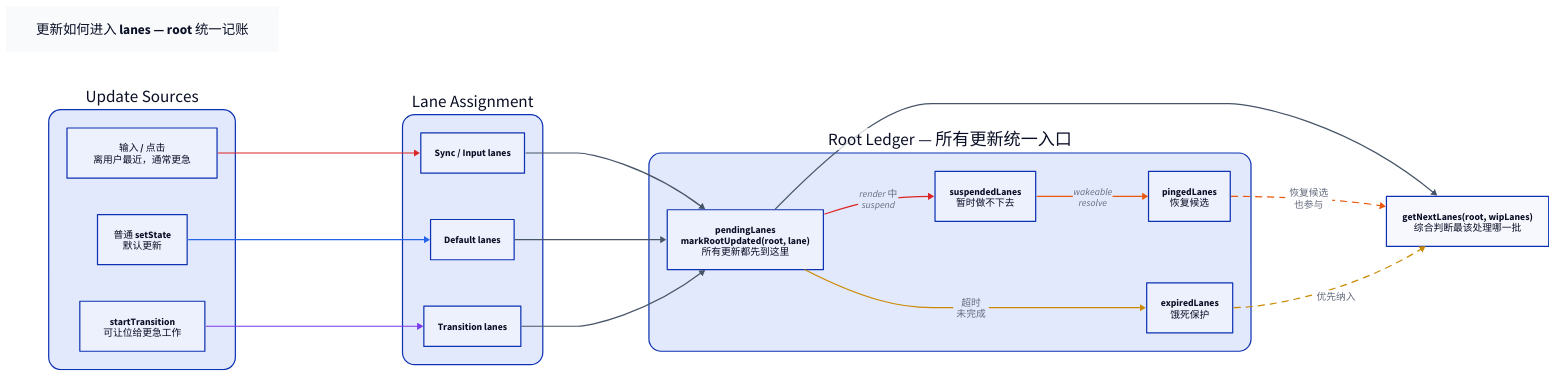
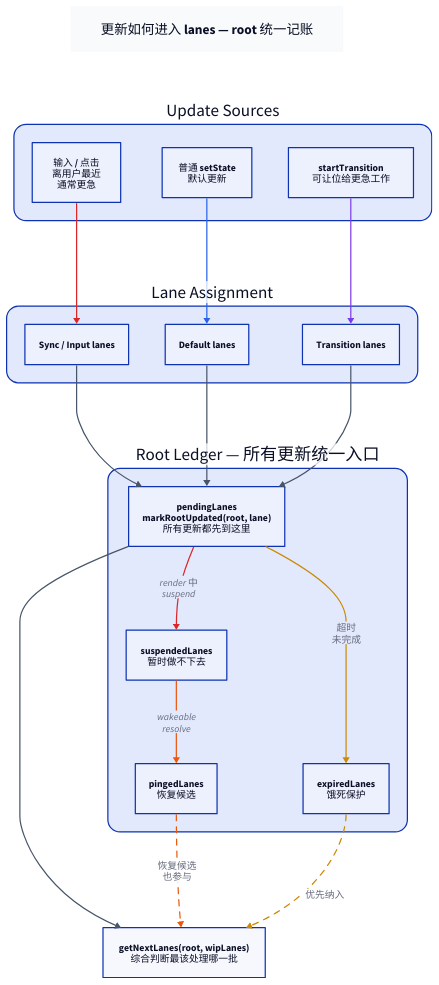
The diagram in docs/diagrams/src/react-lanes-assignment.d2 (xrf9268-hue/react-fiber-learning), drawn with D2 before and after one commit. The commit also changed 5 other files, not shown here.

First line of the commit message:
fix: optimize 3 D2 diagrams from horizontal to vertical layout

```diff
--- a/docs/diagrams/src/react-lanes-assignment.d2
+++ b/docs/diagrams/src/react-lanes-assignment.d2
@@ -1,54 +1,58 @@
-direction: right
+direction: down
 
 title: "更新如何进入 lanes — root 统一记账" {
   style: {
     font-size: 22
     bold: true
     fill: "#f8fafc"
     stroke: "#f8fafc"
   }
 }
 
 sources: "Update Sources" {
   style.border-radius: 20
-  input: "输入 / 点击\n离用户最近，通常更急" { class: emphasis-red }
+  input: "输入 / 点击\n离用户最近\n通常更急" { class: emphasis-red }
   setState: "普通 setState\n默认更新" { class: emphasis-blue }
   transition: "startTransition\n可让位给更急工作" { class: emphasis-purple }
 }
 
 lanes: "Lane Assignment" {
   style.border-radius: 20
   sync: "Sync / Input lanes" { class: emphasis-red }
   default: "Default lanes" { class: emphasis-blue }
   trans: "Transition lanes" { class: emphasis-purple }
 }
 
 sources.input -> lanes.sync { style.stroke: "#dc2626" }
 sources.setState -> lanes.default { style.stroke: "#2563eb" }
 sources.transition -> lanes.trans { style.stroke: "#7c3aed" }
 
 root: "Root Ledger — 所有更新统一入口" {
   style.border-radius: 20
 
   pending: "pendingLanes\nmarkRootUpdated(root, lane)\n所有更新都先到这里" { class: emphasis-blue }
 
   suspended: "suspendedLanes\n暂时做不下去" { class: emphasis-red }
   pinged: "pingedLanes\n恢复候选" { class: emphasis-orange }
   expired: "expiredLanes\n饿死保护" { class: emphasis-yellow }
 
   pending -> suspended: "render 中\nsuspend" { style.stroke: "#dc2626" }
   suspended -> pinged: "wakeable\nresolve" { style.stroke: "#ea580c" }
   pending -> expired: "超时\n未完成" { style.stroke: "#ca8a04" }
 }
 
 lanes.sync -> root.pending { style.stroke: "#475569" }
 lanes.default -> root.pending { style.stroke: "#475569" }
 lanes.trans -> root.pending { style.stroke: "#475569" }
 
 next: "getNextLanes(root, wipLanes)\n综合判断最该处理哪一批" {
   class: card
 }
 
 root.pending -> next { style.stroke: "#475569" }
 root.pinged -> next: "恢复候选\n也参与" { style.stroke: "#ea580c"; style.stroke-dash: 5 }
 root.expired -> next: "优先纳入" { style.stroke: "#ca8a04"; style.stroke-dash: 5 }
+
+title -> sources: "" {
+  style: { stroke: "#ffffff"; stroke-width: 0 }
+}
```
